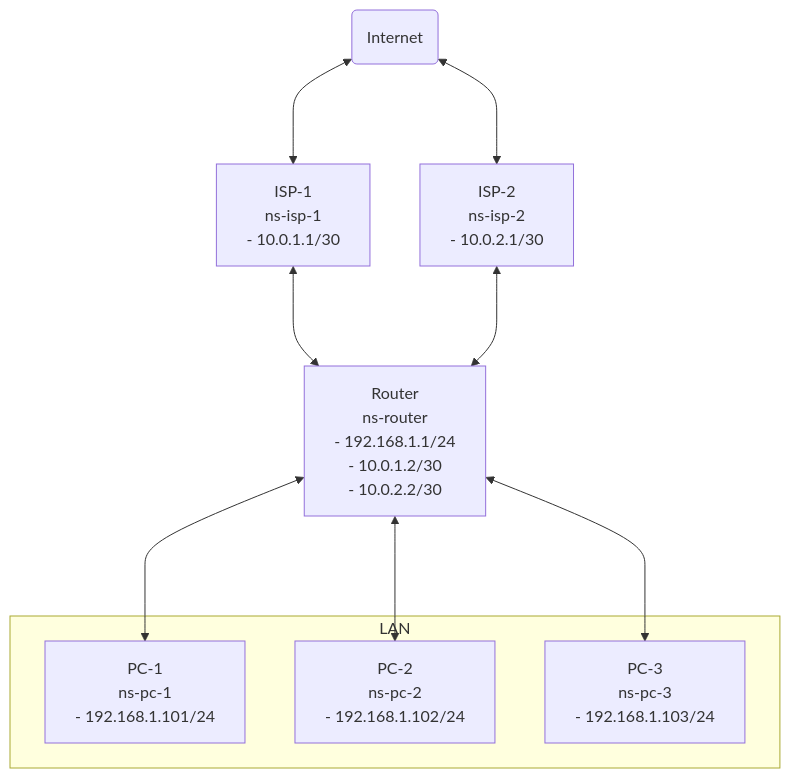
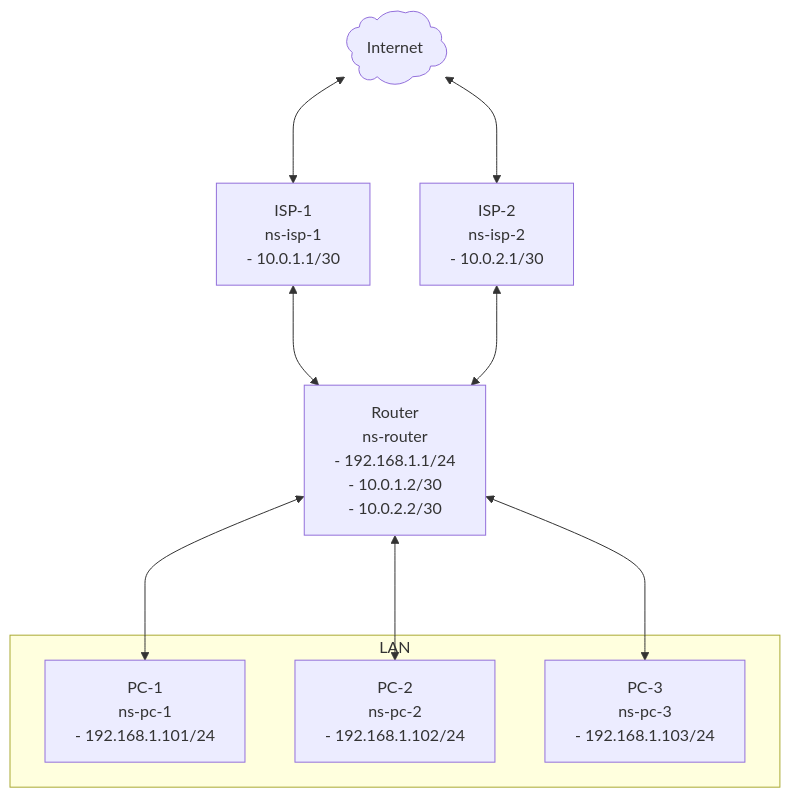
The second of 2 diagrams in docs/01-policy-routing.md (twdamhore/virtual-switch-lab), drawn with Mermaid before and after one commit.

````diff
--- a/docs/01-policy-routing.md
+++ b/docs/01-policy-routing.md
@@ -36,23 +36,23 @@
 ```mermaid
 graph TD
-    Internet("Internet")
+    Internet@{ label: "Internet", shape: cloud }
     
     ISP1["ISP-1<br>ns-isp-1<br>- 10.0.1.1/30"]
     ISP2["ISP-2<br>ns-isp-2<br>- 10.0.2.1/30"]
     
     Bridge["Router<br>ns-router<br>- 192.168.1.1/24<br>- 10.0.1.2/30<br>- 10.0.2.2/30"]
     
     subgraph LAN
         PC1["PC-1<br>ns-pc-1<br>- 192.168.1.101/24"]
         PC2["PC-2<br>ns-pc-2<br>- 192.168.1.102/24"]
         PC3["PC-3<br>ns-pc-3<br>- 192.168.1.103/24"]
     end
     
     Internet <---> ISP1
     Internet <---> ISP2
     ISP1 <---> Bridge
     ISP2 <---> Bridge
     Bridge <---> PC1
     Bridge <---> PC2
     Bridge <---> PC3
 ```
````
